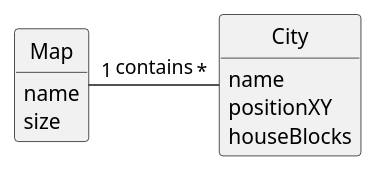
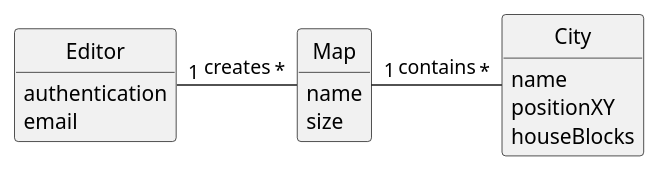
Before and after one commit to 1240826/empire-on-tracks: the diagram in docs/system-documentation/US003/02.analysis/puml/US003-DM.puml, drawn with PlantUML. The commit also changed 1 other file, not shown here.

```diff
--- a/docs/system-documentation/US003/02.analysis/puml/US003-DM.puml
+++ b/docs/system-documentation/US003/02.analysis/puml/US003-DM.puml
@@ -1,29 +1,34 @@
 @startuml
 skinparam monochrome true
 skinparam packageStyle rectangle
 skinparam shadowing false
 
 
 skinparam classAttributeIconSize 0
 
 hide circle
 hide methods
 
-
+class Editor {
+    authentication
+    email
+}
 
 class Map {
     name
     size
 }
 
 class City {
     name
     positionXY
     houseBlocks
 }
 
 
 Map "1" - "*" City : contains
 
+Editor "1" - "*" Map : creates
+
 
 @enduml
```
